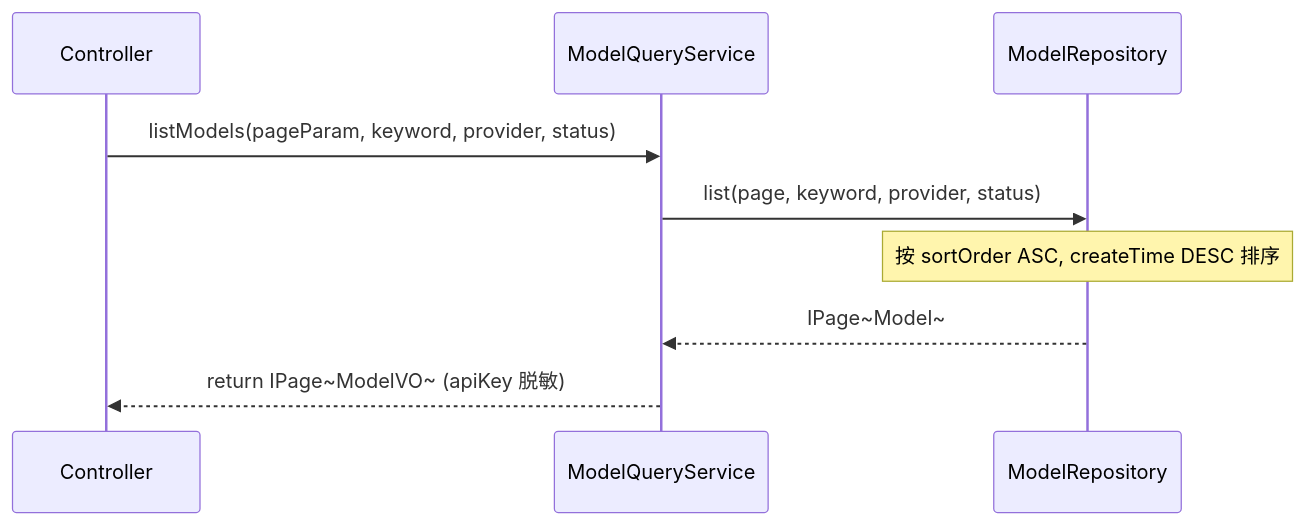
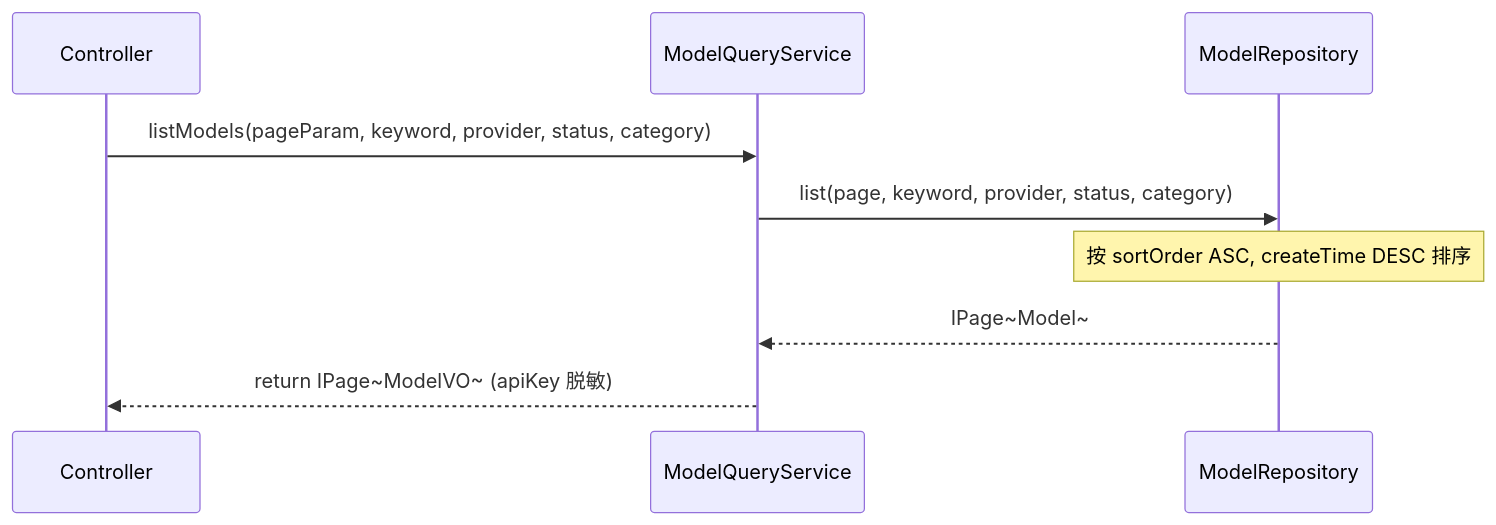
Diagram 12 of 21 in doc/技术方案/2026-05-15_模型管理-技术方案.md (garry-wjl/GAgentManager), drawn with Mermaid before and after one commit. The commit also changed other lines of this file and 14 other files, not shown here.

````diff
--- a/doc/技术方案/2026-05-15_模型管理-技术方案.md
+++ b/doc/技术方案/2026-05-15_模型管理-技术方案.md
@@ -476,12 +395,12 @@
 ```mermaid
 sequenceDiagram
     participant Ctrl as Controller
     participant Svc as ModelQueryService
     participant Repo as ModelRepository
 
-    Ctrl->>Svc: listModels(pageParam, keyword, provider, status)
-    Svc->>Repo: list(page, keyword, provider, status)
+    Ctrl->>Svc: listModels(pageParam, keyword, provider, status, category)
+    Svc->>Repo: list(page, keyword, provider, status, category)
     Note over Repo: 按 sortOrder ASC, createTime DESC 排序
     Repo-->>Svc: IPage~Model~
     Svc-->>Ctrl: return IPage~ModelVO~ (apiKey 脱敏)
 ```
````
